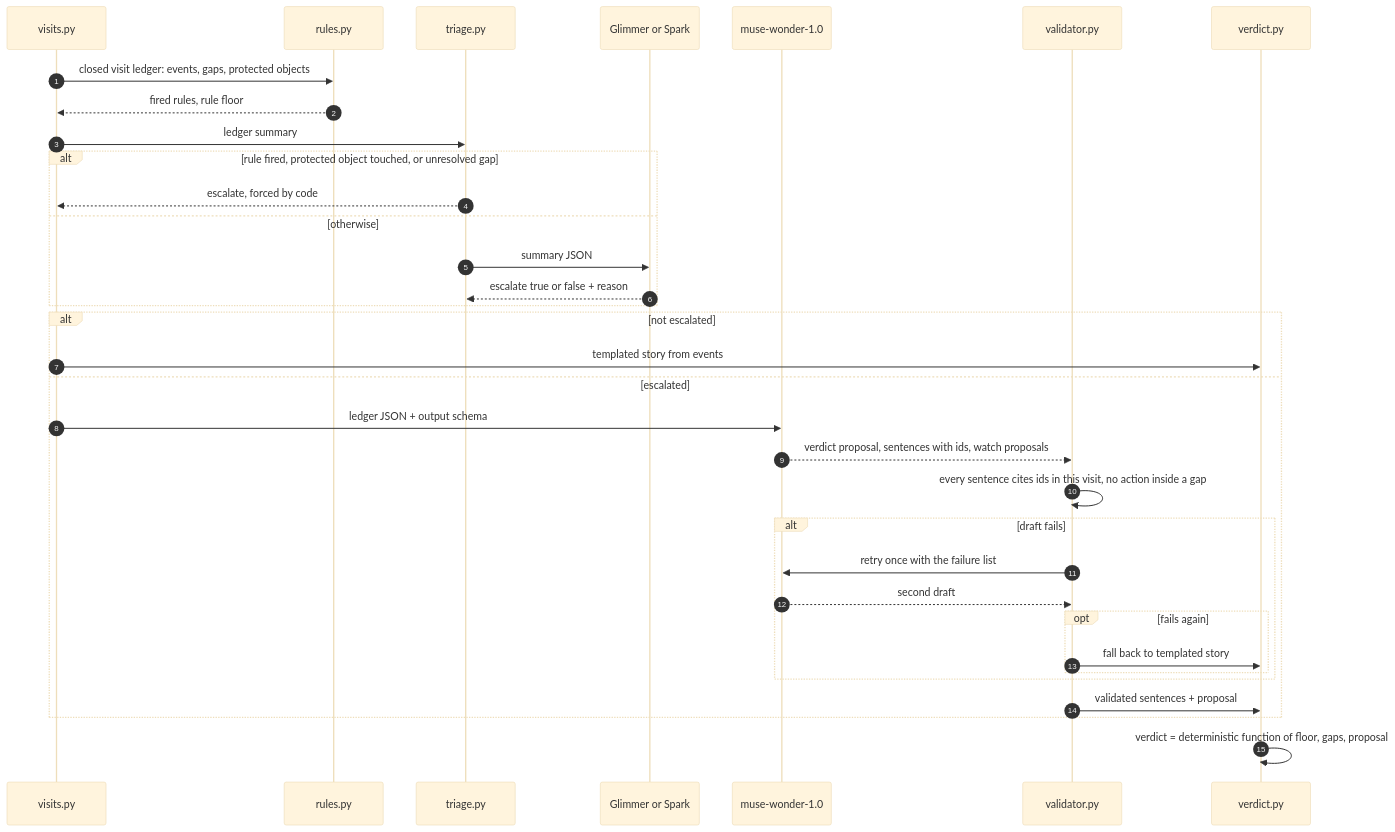
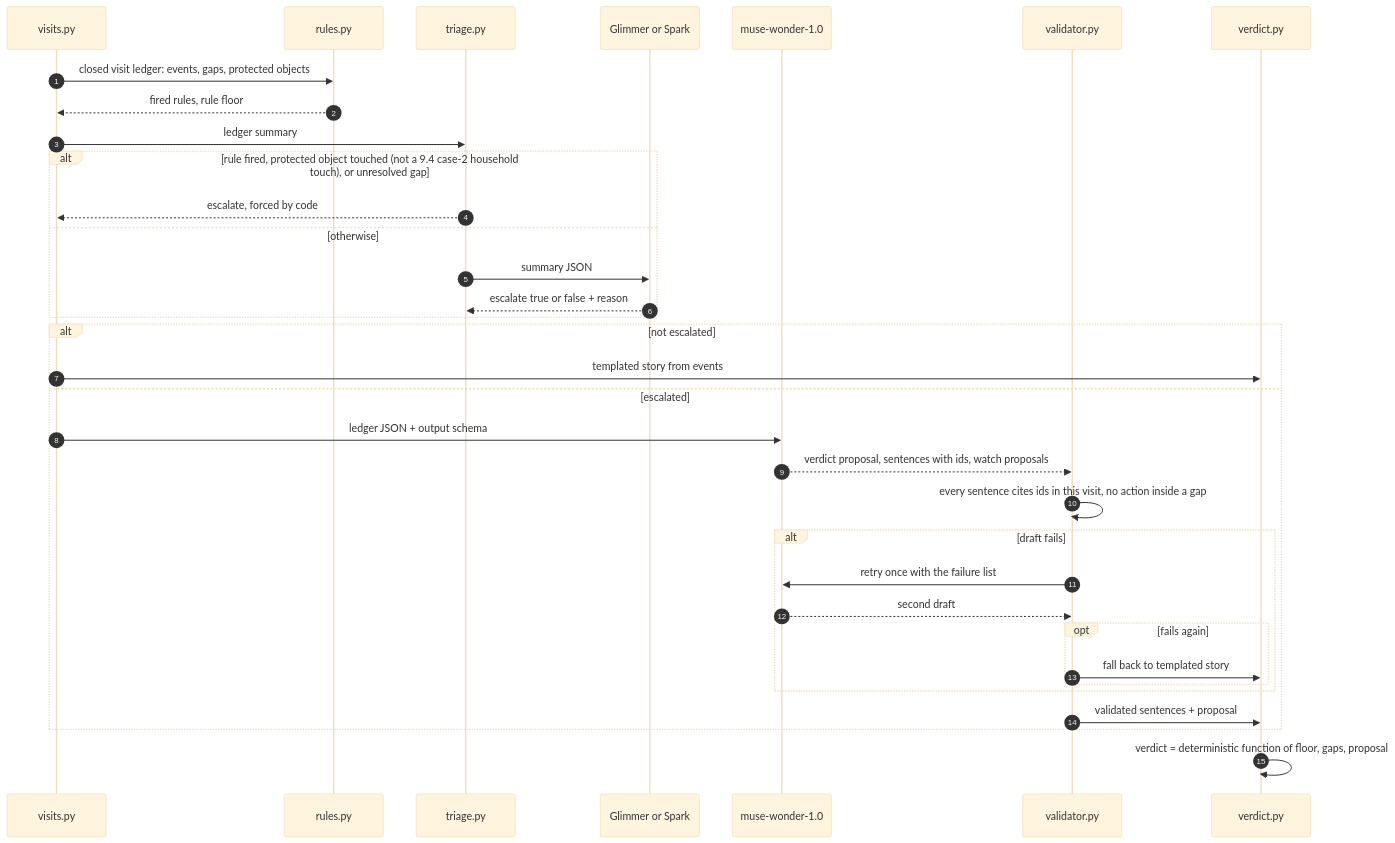
One commit to gabrielromerod/meta-global-ai-developer-hackathon-2026 changed the fifth of 14 diagrams in docs/spec/vigil-spec.md. Above: the diagram before and after it, drawn with Mermaid (base theme). The commit also changed other lines of this file and 16 other files, not shown here.

````diff
--- a/docs/spec/vigil-spec.md
+++ b/docs/spec/vigil-spec.md
@@ -486,36 +526,36 @@
 ```mermaid
 sequenceDiagram
   autonumber
   participant V as visits.py
   participant R as rules.py
   participant T as triage.py
   participant G as Glimmer or Spark
   participant W as muse-wonder-1.0
   participant X as validator.py
   participant Y as verdict.py
   V->>R: closed visit ledger: events, gaps, protected objects
   R-->>V: fired rules, rule floor
   V->>T: ledger summary
-  alt rule fired, protected object touched, or unresolved gap
+  alt rule fired, protected object touched (not a 9.4 case-2 household touch), or unresolved gap
     T-->>V: escalate, forced by code
   else otherwise
     T->>G: summary JSON
     G-->>T: escalate true or false + reason
   end
   alt not escalated
     V->>Y: templated story from events
   else escalated
     V->>W: ledger JSON + output schema
     W-->>X: verdict proposal, sentences with ids, watch proposals
     X->>X: every sentence cites ids in this visit, no action inside a gap
     alt draft fails
       X->>W: retry once with the failure list
       W-->>X: second draft
       opt fails again
         X->>Y: fall back to templated story
       end
     end
     X->>Y: validated sentences + proposal
   end
   Y->>Y: verdict = deterministic function of floor, gaps, proposal
 ```
````
